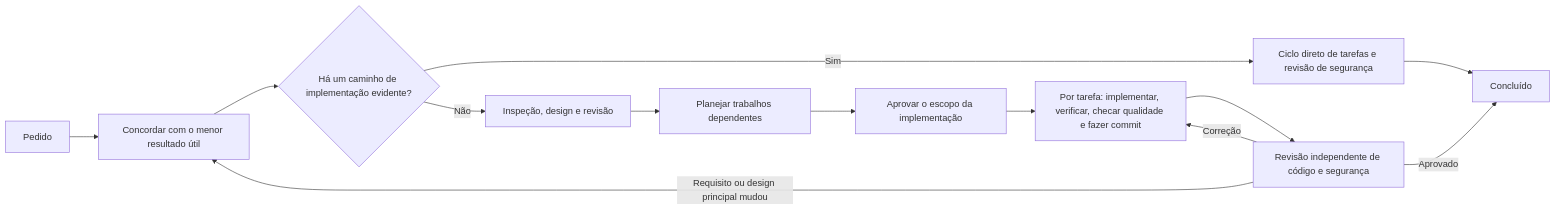
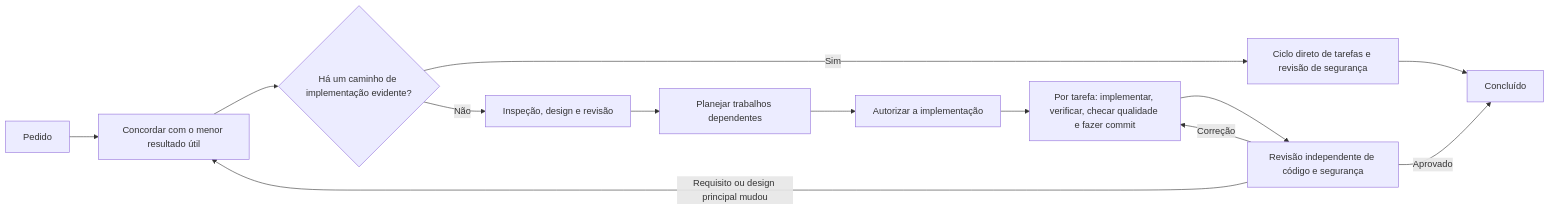
The diagram in README.pt-BR.md (shinpr/codex-workflows), drawn with Mermaid before and after one commit. The commit also changed other lines of this file and 4 other files, not shown here.

````diff
--- a/README.pt-BR.md
+++ b/README.pt-BR.md
@@ -82,15 +82,15 @@
 ```mermaid
 flowchart LR
     A[Pedido] --> B[Concordar com o menor resultado útil]
     B --> C{Há um caminho de implementação evidente?}
     C -->|Sim| S[Ciclo direto de tarefas e revisão de segurança]
     S --> L[Concluído]
     C -->|Não| D[Inspeção, design e revisão]
     D --> E[Planejar trabalhos dependentes]
-    E --> F[Aprovar o escopo da implementação]
+    E --> F[Autorizar a implementação]
     F --> H[Por tarefa: implementar, verificar, checar qualidade e fazer commit]
     H --> K[Revisão independente de código e segurança]
     K -->|Correção| H
     K -->|Requisito ou design principal mudou| B
     K -->|Aprovado| L[Concluído]
 ```
````
